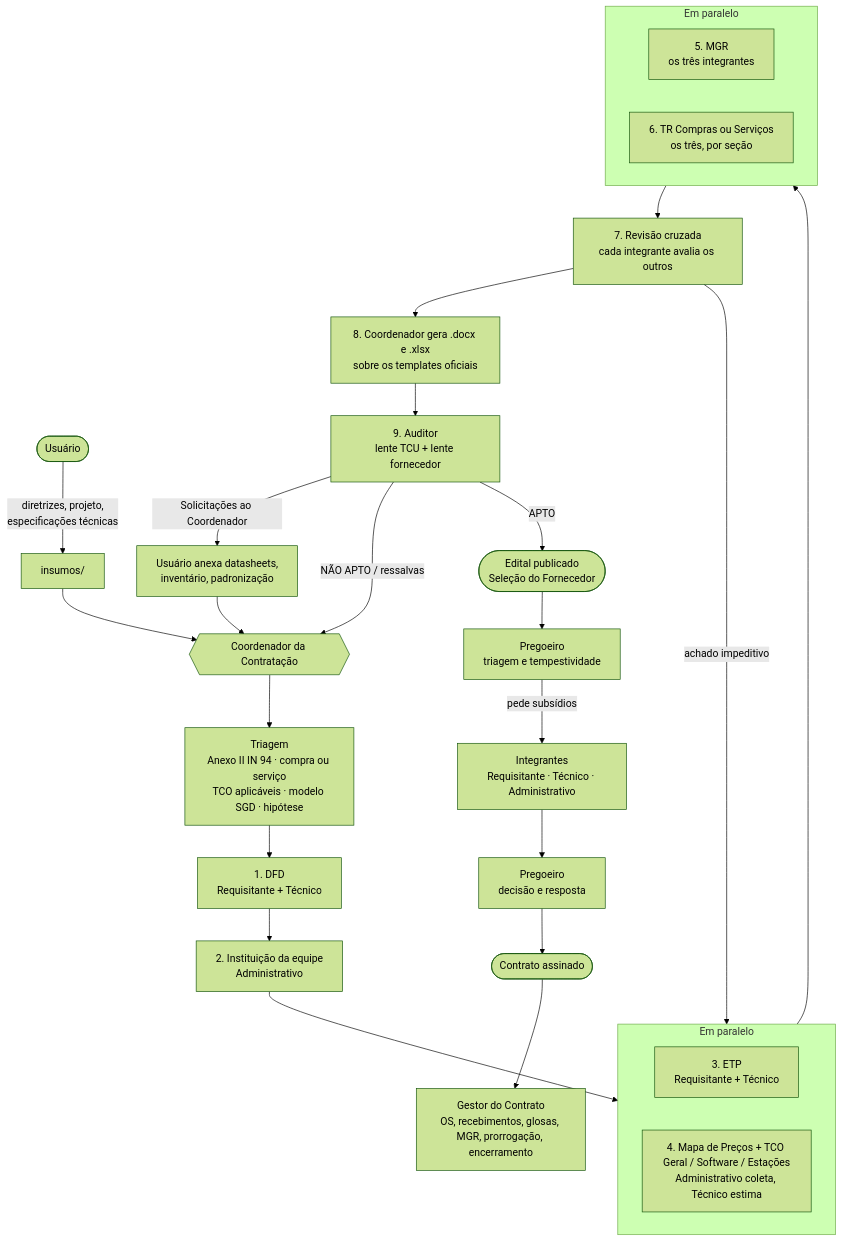
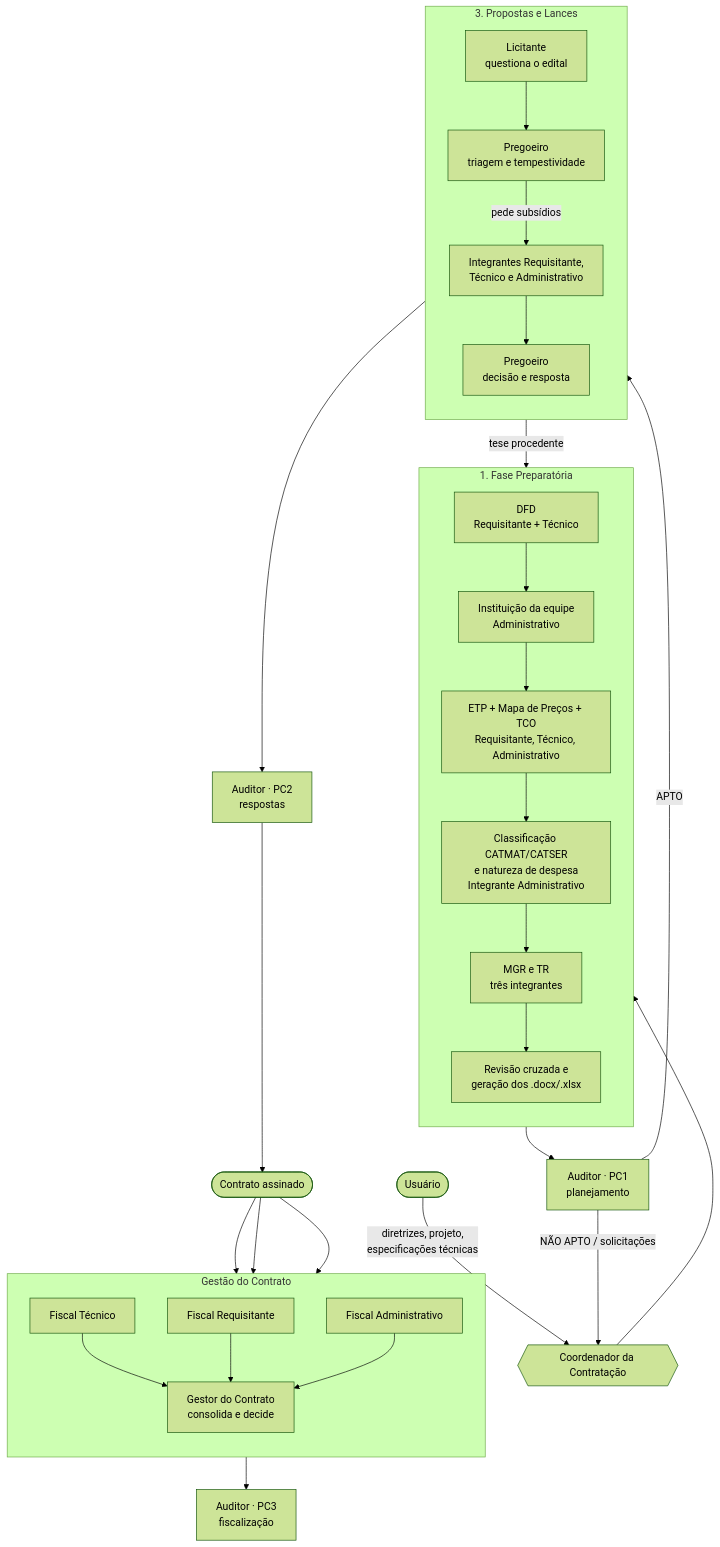
Before and after one commit to marquesmarcelo/ia-contratacao-tic: the first of 4 diagrams in README.md, drawn with Mermaid (forest theme). The commit also changed other lines of this file and 23 other files, not shown here.

````diff
--- a/README.md
+++ b/README.md
@@ -47,37 +56,41 @@
 ```mermaid
 flowchart TD
-    U([Usuário]) -->|diretrizes, projeto,<br/>especificações técnicas| I[insumos/]
-    I --> G{{Coordenador da Contratação}}
-    G --> T1[Triagem<br/>Anexo II IN 94 · compra ou serviço<br/>TCO aplicáveis · modelo SGD · hipótese]
+    U([Usuário]) -->|diretrizes, projeto,<br/>especificações técnicas| G{{Coordenador da Contratação}}
 
-    T1 --> E1[1. DFD<br/>Requisitante + Técnico]
-    E1 --> E2[2. Instituição da equipe<br/>Administrativo]
-    E2 --> P1
-
-    subgraph P1 [Em paralelo]
-        direction LR
-        E3[3. ETP<br/>Requisitante + Técnico]
-        E4[4. Mapa de Preços + TCO Geral / Software / Estações<br/>Administrativo coleta, Técnico estima]
+    subgraph F1 [1. Fase Preparatória]
+        direction TB
+        E1[DFD<br/>Requisitante + Técnico] --> E2[Instituição da equipe<br/>Administrativo]
+        E2 --> E3[ETP + Mapa de Preços + TCO<br/>Requisitante, Técnico, Administrativo]
+        E3 --> C1[Classificação CATMAT/CATSER<br/>e natureza de despesa<br/>Integrante Administrativo]
+        C1 --> E5[MGR e TR<br/>três integrantes]
+        E5 --> E6[Revisão cruzada e<br/>geração dos .docx/.xlsx]
     end
 
-    P1 --> P2
-    subgraph P2 [Em paralelo]
-        direction LR
-        E5[5. MGR<br/>os três integrantes]
-        E6[6. TR Compras ou Serviços<br/>os três, por seção]
+    G --> E1
+    E6 --> PC1[Auditor · PC1<br/>planejamento]
+    PC1 -->|NÃO APTO / solicitações| G
+
+    subgraph F3 [3. Propostas e Lances]
+        direction TB
+        LIC[Licitante<br/>questiona o edital] --> PR1[Pregoeiro<br/>triagem e tempestividade]
+        PR1 -->|pede subsídios| SUB[Integrantes Requisitante,<br/>Técnico e Administrativo]
+        SUB --> PR2[Pregoeiro<br/>decisão e resposta]
     end
 
-    P2 --> E7[7. Revisão cruzada<br/>cada integrante avalia os outros]
-    E7 -->|achado impeditivo| P1
-    E7 --> E8[8. Coordenador gera .docx e .xlsx<br/>sobre os templates oficiais]
-    E8 --> A[9. Auditor<br/>lente TCU + lente fornecedor]
-    A -->|Solicitações ao Coordenador| S[Usuário anexa datasheets,<br/>inventário, padronização]
-    S --> G
-    A -->|NÃO APTO / ressalvas| G
-    A -->|APTO| F([Edital publicado<br/>Seleção do Fornecedor])
-    F --> L[Pregoeiro<br/>triagem e tempestividade]
-    L -->|pede subsídios| SUB[Integrantes<br/>Requisitante · Técnico · Administrativo]
-    SUB --> L2[Pregoeiro<br/>decisão e resposta]
-    L2 --> K([Contrato assinado])
-    K --> GC[Gestor do Contrato<br/>OS, recebimentos, glosas, MGR, prorrogação, encerramento]
+    PC1 -->|APTO| LIC
+    PR2 -->|tese procedente| E5
+    PR2 --> PC2[Auditor · PC2<br/>respostas]
+
+    subgraph FG [Gestão do Contrato]
+        direction TB
+        FT[Fiscal Técnico] --> GC[Gestor do Contrato<br/>consolida e decide]
+        FR[Fiscal Requisitante] --> GC
+        FA[Fiscal Administrativo] --> GC
+    end
+
+    PC2 --> K([Contrato assinado])
+    K --> FT
+    K --> FR
+    K --> FA
+    GC --> PC3[Auditor · PC3<br/>fiscalização]
 ```
````
